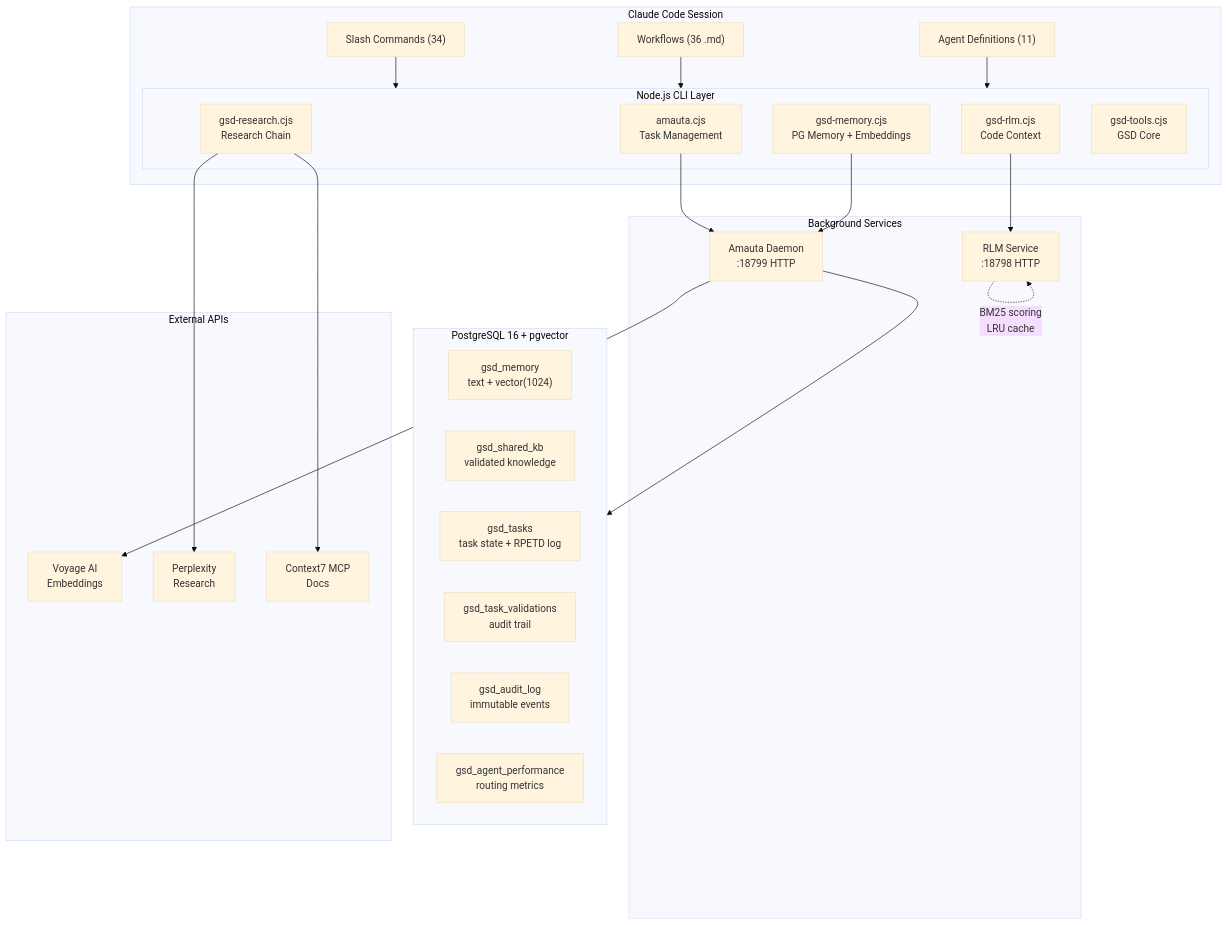
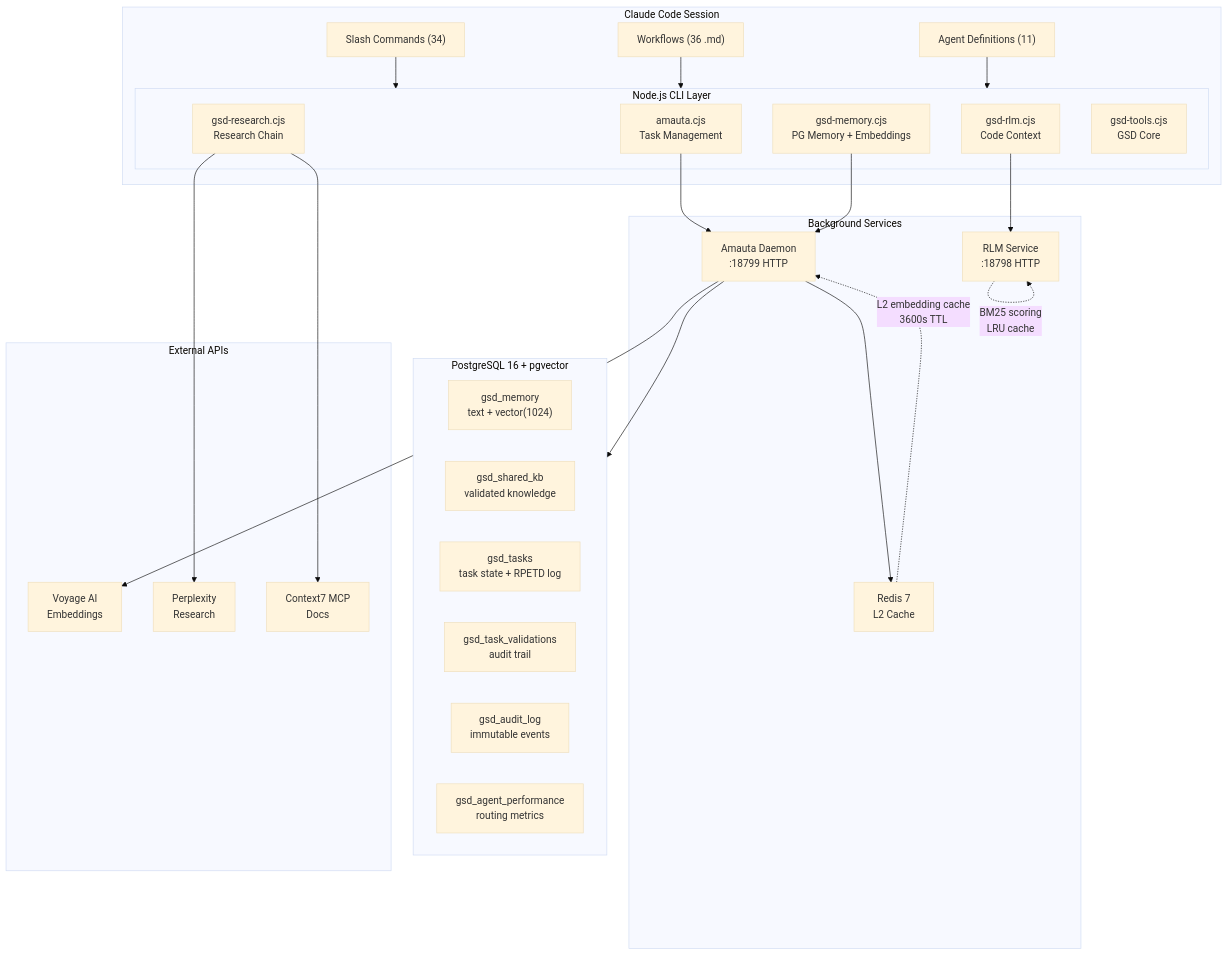
Before and after one commit to Luiscmogrovejo/gsd-amauta: the first of 10 diagrams in README.md, drawn with Mermaid (base theme). The commit also changed other lines of this file and 3 other files, not shown here.

````diff
--- a/README.md
+++ b/README.md
@@ -34,49 +36,52 @@
 ```mermaid
 graph TB
     subgraph Claude["Claude Code Session"]
         CMD["Slash Commands (34)"]
         WF["Workflows (36 .md)"]
         AG["Agent Definitions (11)"]
 
         CMD --> CLI
         WF --> CLI
         AG --> CLI
     end
 
     subgraph CLI["Node.js CLI Layer"]
         AMAUTA["amauta.cjs<br/>Task Management"]
         MEM["gsd-memory.cjs<br/>PG Memory + Embeddings"]
         RLM_CLI["gsd-rlm.cjs<br/>Code Context"]
         RES["gsd-research.cjs<br/>Research Chain"]
         TOOLS["gsd-tools.cjs<br/>GSD Core"]
     end
 
     subgraph Services["Background Services"]
         DAEMON["Amauta Daemon<br/>:18799 HTTP"]
         RLM_SVC["RLM Service<br/>:18798 HTTP"]
+        REDIS["Redis 7<br/>L2 Cache"]
     end
 
     subgraph Storage["PostgreSQL 16 + pgvector"]
         GM["gsd_memory<br/>text + vector(1024)"]
         GS["gsd_shared_kb<br/>validated knowledge"]
         GT["gsd_tasks<br/>task state + RPETD log"]
         GV["gsd_task_validations<br/>audit trail"]
         GA["gsd_audit_log<br/>immutable events"]
         GP["gsd_agent_performance<br/>routing metrics"]
     end
 
     subgraph APIs["External APIs"]
         VOY["Voyage AI<br/>Embeddings"]
         PPX["Perplexity<br/>Research"]
         C7["Context7 MCP<br/>Docs"]
     end
 
     AMAUTA --> DAEMON
     MEM --> DAEMON
     RLM_CLI --> RLM_SVC
     RES --> PPX
     RES --> C7
     DAEMON --> Storage
     DAEMON --> VOY
+    DAEMON --> REDIS
     RLM_SVC -.->|"BM25 scoring<br/>LRU cache"| RLM_SVC
+    REDIS -.->|"L2 embedding cache<br/>3600s TTL"| DAEMON
 ```
````
